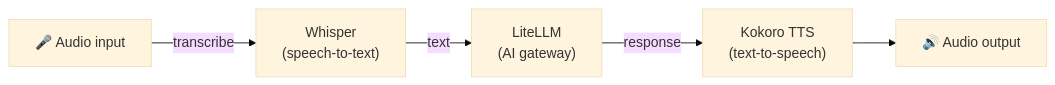
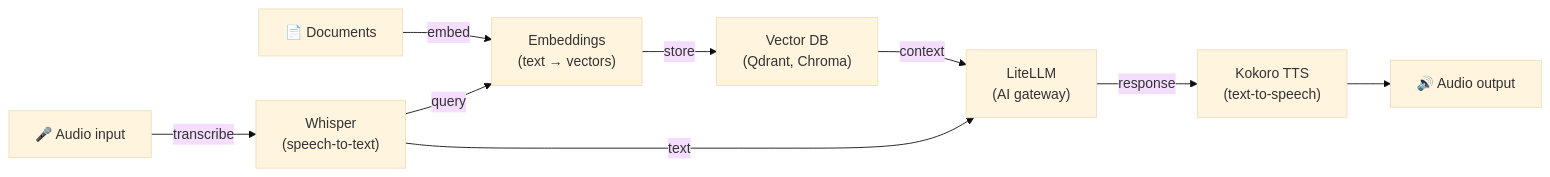
One commit to hwdsl2/docker-tts changed the diagram in README.md. Above: the diagram before and after it, drawn with Mermaid (base theme). The commit also changed other lines of this file and 3 other files, not shown here.

````diff
--- a/README.md
+++ b/README.md
@@ -408,7 +408,11 @@
 ```mermaid
 graph LR
+    D["📄 Documents"] -->|embed| E["Embeddings<br/>(text → vectors)"]
+    E -->|store| VDB["Vector DB<br/>(Qdrant, Chroma)"]
     A["🎤 Audio input"] -->|transcribe| W["Whisper<br/>(speech-to-text)"]
-    W -->|text| L["LiteLLM<br/>(AI gateway)"]
+    W -->|query| E
+    VDB -->|context| L["LiteLLM<br/>(AI gateway)"]
+    W -->|text| L
     L -->|response| T["Kokoro TTS<br/>(text-to-speech)"]
     T --> B["🔊 Audio output"]
 ```
````
